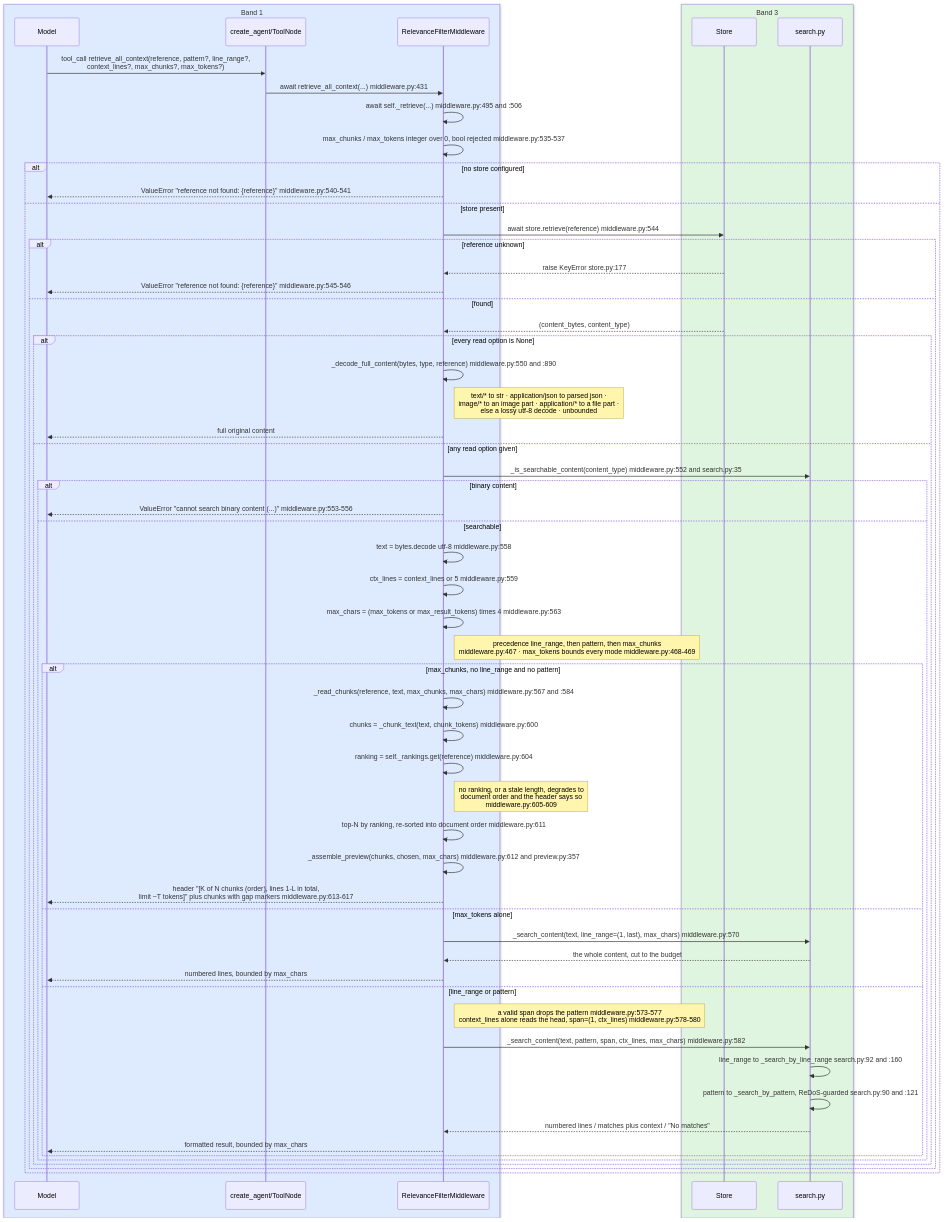
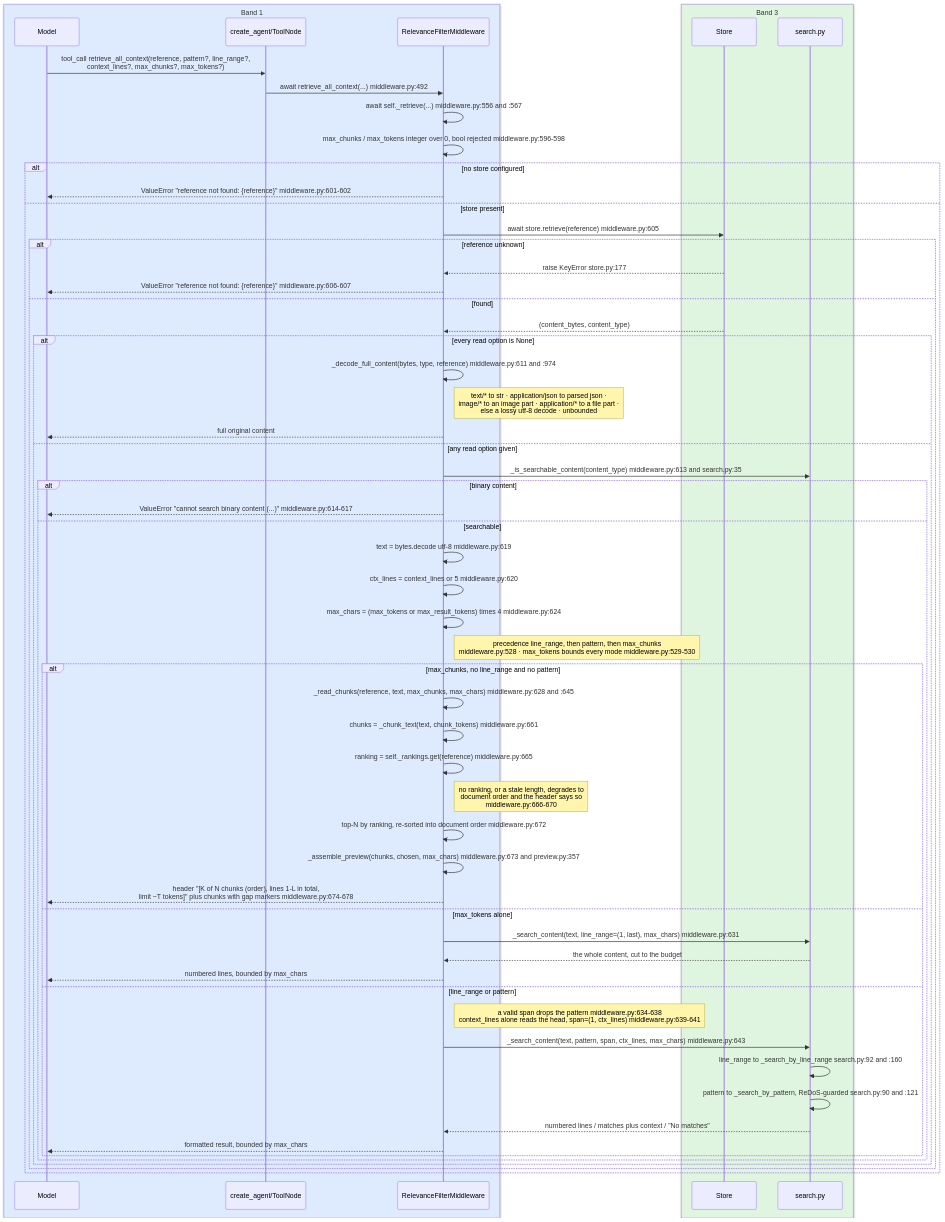
Before and after one commit to aws-samples/sample-context-engineering: the third of 4 diagrams in docs/design/sequence/langgraph/sequence-a-relevance.md, drawn with Mermaid. The commit also changed other lines of this file and 8 other files, not shown here.

````diff
--- a/docs/design/sequence/langgraph/sequence-a-relevance.md
+++ b/docs/design/sequence/langgraph/sequence-a-relevance.md
@@ -255,63 +281,63 @@
 ```mermaid
 sequenceDiagram
     box rgb(222,235,255) Band 1
         participant Model
         participant Agent as create_agent/ToolNode
         participant MW as RelevanceFilterMiddleware
     end
     box rgb(224,245,224) Band 3
         participant Store as Store
         participant Search as search.py
     end
 
     Model->>Agent: tool_call retrieve_all_context(reference, pattern?, line_range?,<br/>context_lines?, max_chunks?, max_tokens?)
-    Agent->>MW: await retrieve_all_context(...)  middleware.py:431
-    MW->>MW: await self._retrieve(...)  middleware.py:495 and :506
-    MW->>MW: max_chunks / max_tokens integer over 0, bool rejected  middleware.py:535-537
+    Agent->>MW: await retrieve_all_context(...)  middleware.py:492
+    MW->>MW: await self._retrieve(...)  middleware.py:556 and :567
+    MW->>MW: max_chunks / max_tokens integer over 0, bool rejected  middleware.py:596-598
     alt no store configured
-        MW-->>Model: ValueError "reference not found: {reference}"  middleware.py:540-541
+        MW-->>Model: ValueError "reference not found: {reference}"  middleware.py:601-602
     else store present
-        MW->>Store: await store.retrieve(reference)  middleware.py:544
+        MW->>Store: await store.retrieve(reference)  middleware.py:605
         alt reference unknown
             Store-->>MW: raise KeyError  store.py:177
-            MW-->>Model: ValueError "reference not found: {reference}"  middleware.py:545-546
+            MW-->>Model: ValueError "reference not found: {reference}"  middleware.py:606-607
         else found
             Store-->>MW: (content_bytes, content_type)
             alt every read option is None
-                MW->>MW: _decode_full_content(bytes, type, reference)  middleware.py:550 and :890
+                MW->>MW: _decode_full_content(bytes, type, reference)  middleware.py:611 and :974
                 Note right of MW: text/* to str · application/json to parsed json ·<br/>image/* to an image part · application/* to a file part ·<br/>else a lossy utf-8 decode · unbounded
                 MW-->>Model: full original content
             else any read option given
-                MW->>Search: _is_searchable_content(content_type)  middleware.py:552 and search.py:35
+                MW->>Search: _is_searchable_content(content_type)  middleware.py:613 and search.py:35
                 alt binary content
-                    MW-->>Model: ValueError "cannot search binary content (...)"  middleware.py:553-556
+                    MW-->>Model: ValueError "cannot search binary content (...)"  middleware.py:614-617
                 else searchable
-                    MW->>MW: text = bytes.decode utf-8  middleware.py:558
-                    MW->>MW: ctx_lines = context_lines or 5  middleware.py:559
-                    MW->>MW: max_chars = (max_tokens or max_result_tokens) times 4  middleware.py:563
-                    Note right of MW: precedence line_range, then pattern, then max_chunks<br/>middleware.py:467 · max_tokens bounds every mode  middleware.py:468-469
+                    MW->>MW: text = bytes.decode utf-8  middleware.py:619
+                    MW->>MW: ctx_lines = context_lines or 5  middleware.py:620
+                    MW->>MW: max_chars = (max_tokens or max_result_tokens) times 4  middleware.py:624
+                    Note right of MW: precedence line_range, then pattern, then max_chunks<br/>middleware.py:528 · max_tokens bounds every mode  middleware.py:529-530
                     alt max_chunks, no line_range and no pattern
-                        MW->>MW: _read_chunks(reference, text, max_chunks, max_chars)  middleware.py:567 and :584
-                        MW->>MW: chunks = _chunk_text(text, chunk_tokens)  middleware.py:600
-                        MW->>MW: ranking = self._rankings.get(reference)  middleware.py:604
-                        Note right of MW: no ranking, or a stale length, degrades to<br/>document order and the header says so<br/>middleware.py:605-609
-                        MW->>MW: top-N by ranking, re-sorted into document order  middleware.py:611
-                        MW->>MW: _assemble_preview(chunks, chosen, max_chars)  middleware.py:612 and preview.py:357
-                        MW-->>Model: header "[K of N chunks (order), lines 1-L in total,<br/>limit ~T tokens]" plus chunks with gap markers  middleware.py:613-617
+                        MW->>MW: _read_chunks(reference, text, max_chunks, max_chars)  middleware.py:628 and :645
+                        MW->>MW: chunks = _chunk_text(text, chunk_tokens)  middleware.py:661
+                        MW->>MW: ranking = self._rankings.get(reference)  middleware.py:665
+                        Note right of MW: no ranking, or a stale length, degrades to<br/>document order and the header says so<br/>middleware.py:666-670
+                        MW->>MW: top-N by ranking, re-sorted into document order  middleware.py:672
+                        MW->>MW: _assemble_preview(chunks, chosen, max_chars)  middleware.py:673 and preview.py:357
+                        MW-->>Model: header "[K of N chunks (order), lines 1-L in total,<br/>limit ~T tokens]" plus chunks with gap markers  middleware.py:674-678
                     else max_tokens alone
-                        MW->>Search: _search_content(text, line_range=(1, last), max_chars)  middleware.py:570
+                        MW->>Search: _search_content(text, line_range=(1, last), max_chars)  middleware.py:631
                         Search-->>MW: the whole content, cut to the budget
                         MW-->>Model: numbered lines, bounded by max_chars
                     else line_range or pattern
-                        Note right of MW: a valid span drops the pattern  middleware.py:573-577<br/>context_lines alone reads the head, span=(1, ctx_lines)  middleware.py:578-580
-                        MW->>Search: _search_content(text, pattern, span, ctx_lines, max_chars)  middleware.py:582
+                        Note right of MW: a valid span drops the pattern  middleware.py:634-638<br/>context_lines alone reads the head, span=(1, ctx_lines)  middleware.py:639-641
+                        MW->>Search: _search_content(text, pattern, span, ctx_lines, max_chars)  middleware.py:643
                         Search->>Search: line_range to _search_by_line_range  search.py:92 and :160
                         Search->>Search: pattern to _search_by_pattern, ReDoS-guarded  search.py:90 and :121
                         Search-->>MW: numbered lines / matches plus context / "No matches"
                         MW-->>Model: formatted result, bounded by max_chars
                     end
                 end
             end
         end
     end
 ```
````
